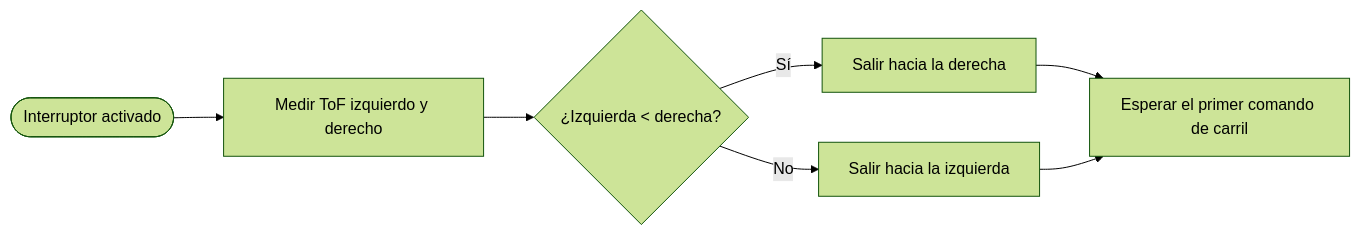
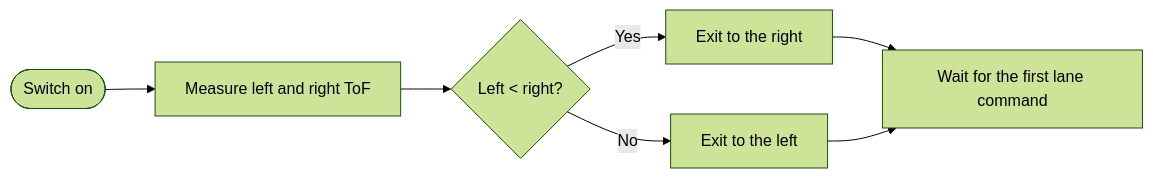
One commit to erchivox/Prometheus-Team-2026 changed diagram 14 of 18 in README.md. Above: the diagram before and after it, drawn with Mermaid (forest theme). The commit also changed other lines of this file and 8 other files, not shown here.

````diff
--- a/README.md
+++ b/README.md
@@ -1701,9 +1701,9 @@
 ```mermaid
 flowchart LR
-    A(["Interruptor activado"]) --> B["Medir ToF izquierdo y derecho"]
-    B --> C{"¿Izquierda < derecha?"}
-    C -- Sí --> D["Salir hacia la derecha"]
-    C -- No --> E["Salir hacia la izquierda"]
-    D --> F["Esperar el primer comando de carril"]
+    A(["Switch on"]) --> B["Measure left and right ToF"]
+    B --> C{"Left < right?"}
+    C -- Yes --> D["Exit to the right"]
+    C -- No --> E["Exit to the left"]
+    D --> F["Wait for the first lane command"]
     E --> F
 ```
````
